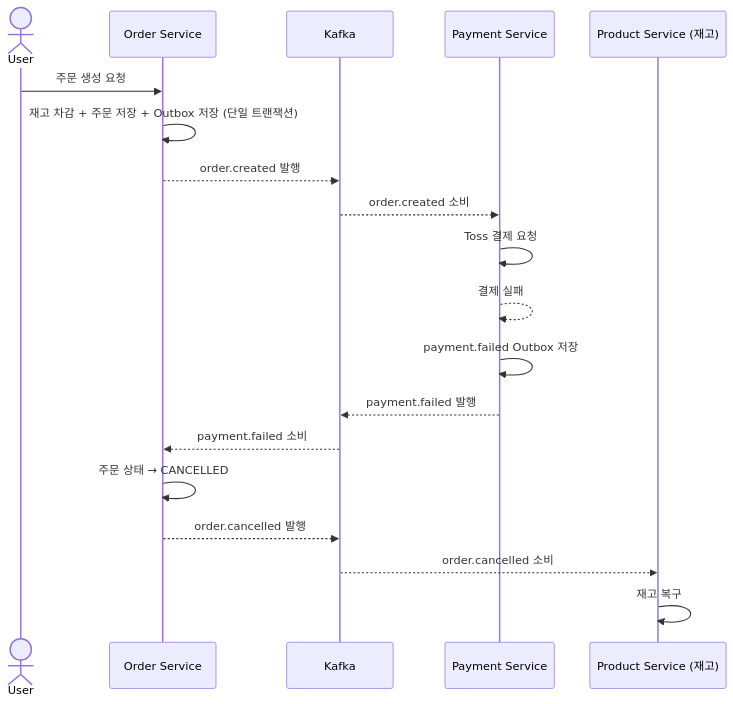
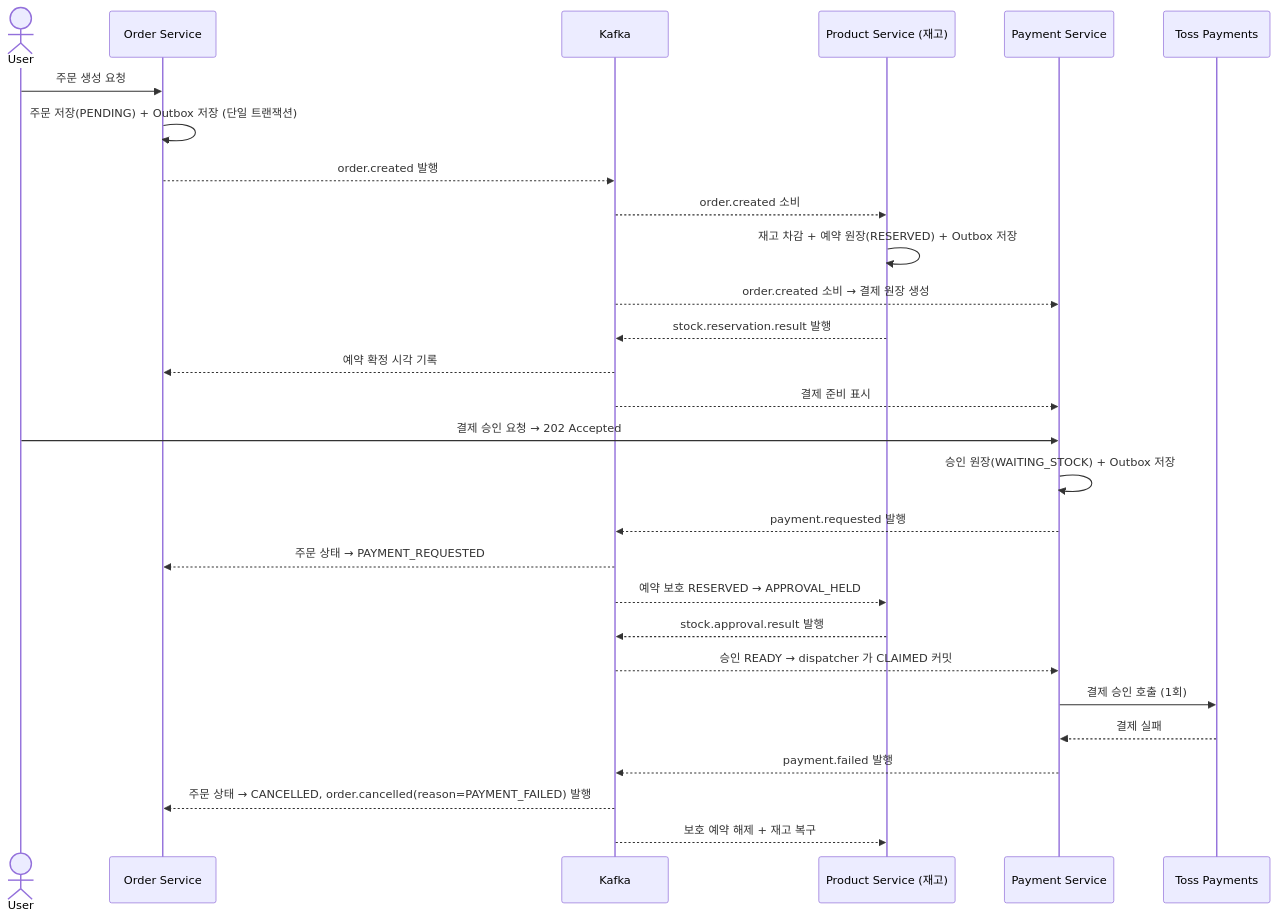
Before and after one commit to Kimgyuilli/PeekCart: the diagram in docs/04-design-deep-dive.md, drawn with Mermaid. The commit also changed other lines of this file, not shown here.

````diff
--- a/docs/04-design-deep-dive.md
+++ b/docs/04-design-deep-dive.md
@@ -110,22 +121,31 @@
 ```mermaid
 sequenceDiagram
     actor User
     participant OS as Order Service
     participant Kafka
+    participant ProdS as Product Service (재고)
     participant PS as Payment Service
-    participant ProdS as Product Service (재고)
+    participant PG as Toss Payments
 
     User->>OS: 주문 생성 요청
-    OS->>OS: 재고 차감 + 주문 저장 + Outbox 저장 (단일 트랜잭션)
+    OS->>OS: 주문 저장(PENDING) + Outbox 저장 (단일 트랜잭션)
     OS-->>Kafka: order.created 발행
-    Kafka-->>PS: order.created 소비
-    PS->>PS: Toss 결제 요청
-    PS-->>PS: 결제 실패
-    PS->>PS: payment.failed Outbox 저장
+    Kafka-->>ProdS: order.created 소비
+    ProdS->>ProdS: 재고 차감 + 예약 원장(RESERVED) + Outbox 저장
+    Kafka-->>PS: order.created 소비 → 결제 원장 생성
+    ProdS-->>Kafka: stock.reservation.result 발행
+    Kafka-->>OS: 예약 확정 시각 기록
+    Kafka-->>PS: 결제 준비 표시
+    User->>PS: 결제 승인 요청 → 202 Accepted
+    PS->>PS: 승인 원장(WAITING_STOCK) + Outbox 저장
+    PS-->>Kafka: payment.requested 발행
+    Kafka-->>OS: 주문 상태 → PAYMENT_REQUESTED
+    Kafka-->>ProdS: 예약 보호 RESERVED → APPROVAL_HELD
+    ProdS-->>Kafka: stock.approval.result 발행
+    Kafka-->>PS: 승인 READY → dispatcher 가 CLAIMED 커밋
+    PS->>PG: 결제 승인 호출 (1회)
+    PG-->>PS: 결제 실패
     PS-->>Kafka: payment.failed 발행
-    Kafka-->>OS: payment.failed 소비
-    OS->>OS: 주문 상태 → CANCELLED
-    OS-->>Kafka: order.cancelled 발행
-    Kafka-->>ProdS: order.cancelled 소비
-    ProdS->>ProdS: 재고 복구
+    Kafka-->>OS: 주문 상태 → CANCELLED, order.cancelled(reason=PAYMENT_FAILED) 발행
+    Kafka-->>ProdS: 보호 예약 해제 + 재고 복구
 ```
````
